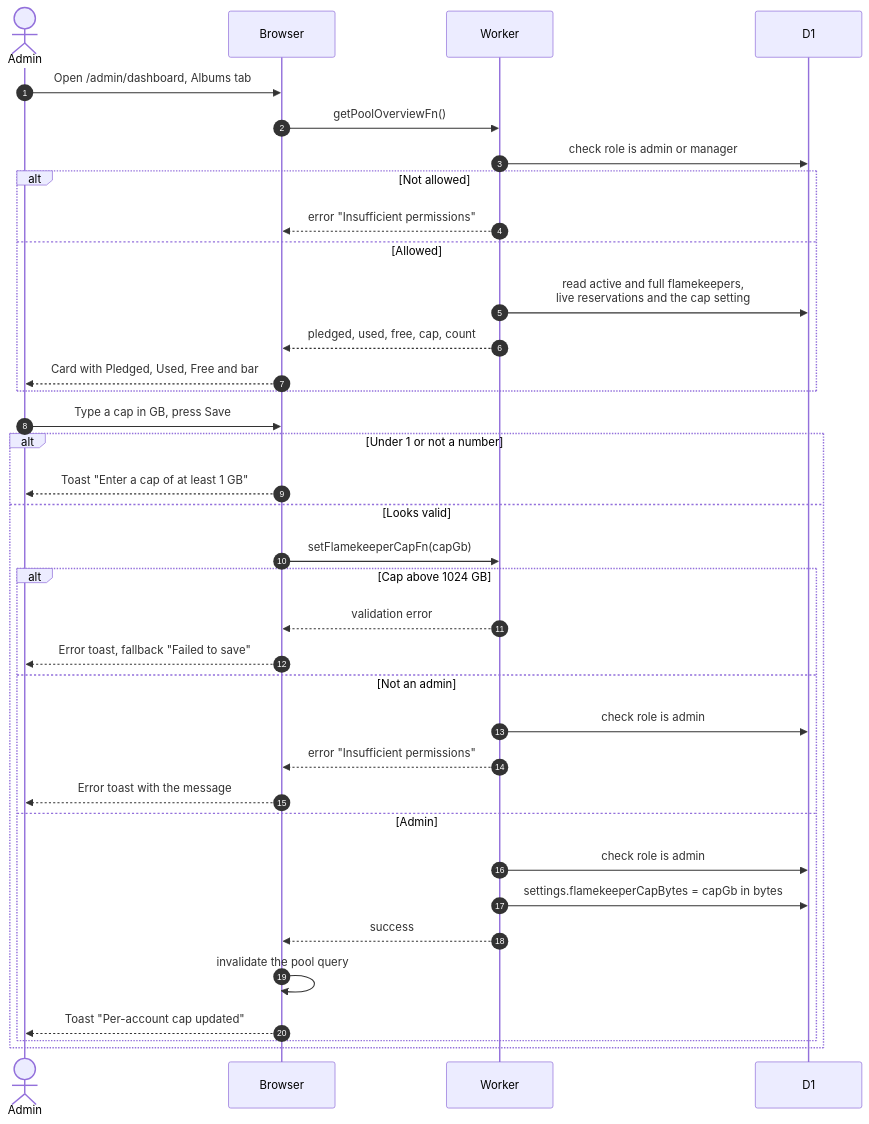
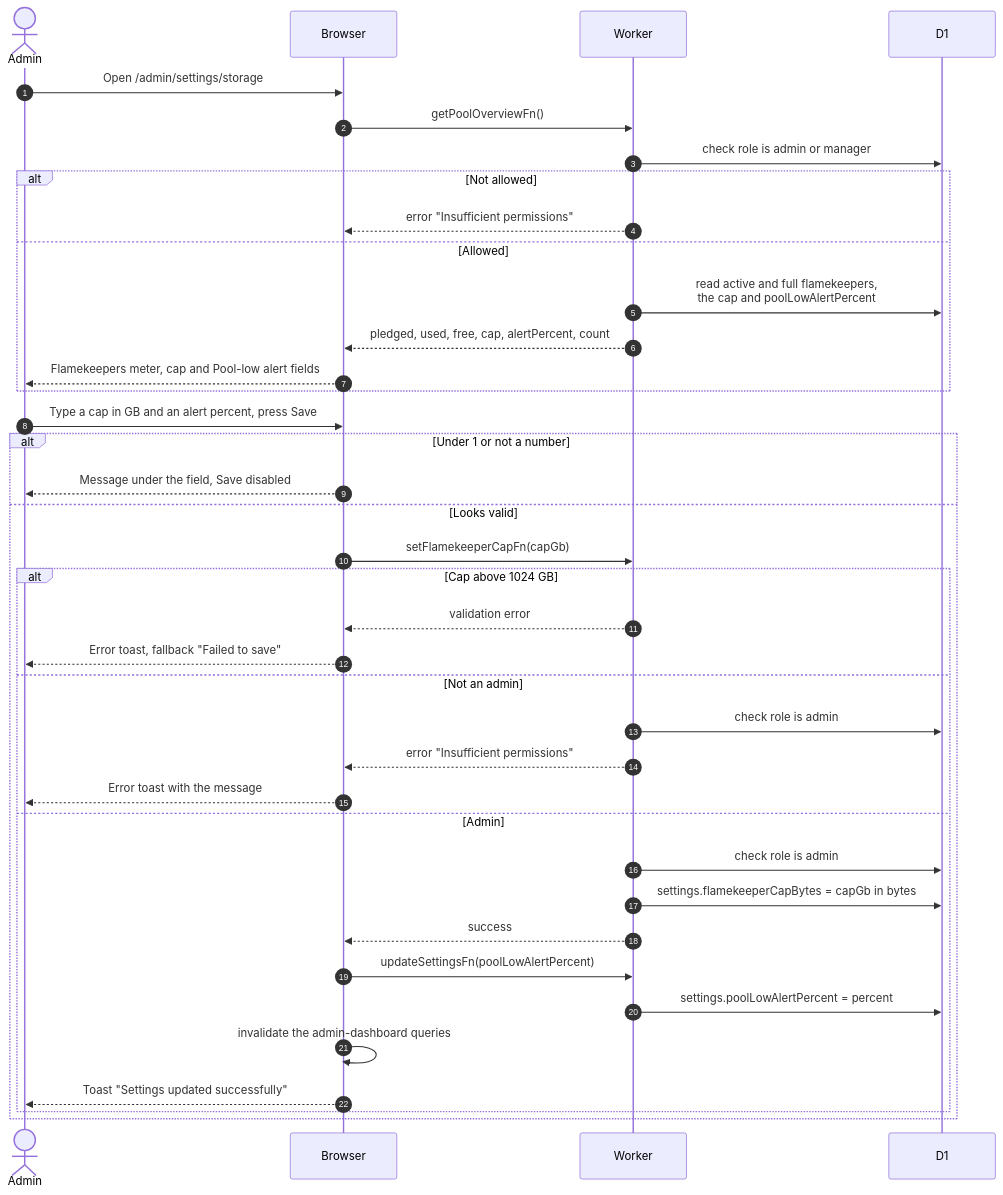
The diagram in docs/scenarios/flamekeepers/admin-pool.md (sagyzdop/meriksirat), drawn with Mermaid before and after one commit. The commit also changed other lines of this file and 45 other files, not shown here.

````diff
--- a/docs/scenarios/flamekeepers/admin-pool.md
+++ b/docs/scenarios/flamekeepers/admin-pool.md
@@ -22,38 +22,40 @@
 ```mermaid
 sequenceDiagram
     autonumber
     actor A as Admin
     participant Browser
     participant Worker
     participant D1
-    A->>Browser: Open /admin/dashboard, Albums tab
+    A->>Browser: Open /admin/settings/storage
     Browser->>Worker: getPoolOverviewFn()
     Worker->>D1: check role is admin or manager
     alt Not allowed
         Worker-->>Browser: error "Insufficient permissions"
     else Allowed
-        Worker->>D1: read active and full flamekeepers,<br/>live reservations and the cap setting
-        Worker-->>Browser: pledged, used, free, cap, count
-        Browser-->>A: Card with Pledged, Used, Free and bar
+        Worker->>D1: read active and full flamekeepers,<br/>the cap and poolLowAlertPercent
+        Worker-->>Browser: pledged, used, free, cap, alertPercent, count
+        Browser-->>A: Flamekeepers meter, cap and Pool-low alert fields
     end
-    A->>Browser: Type a cap in GB, press Save
+    A->>Browser: Type a cap in GB and an alert percent, press Save
     alt Under 1 or not a number
-        Browser-->>A: Toast "Enter a cap of at least 1 GB"
+        Browser-->>A: Message under the field, Save disabled
     else Looks valid
         Browser->>Worker: setFlamekeeperCapFn(capGb)
         alt Cap above 1024 GB
             Worker-->>Browser: validation error
             Browser-->>A: Error toast, fallback "Failed to save"
         else Not an admin
             Worker->>D1: check role is admin
             Worker-->>Browser: error "Insufficient permissions"
             Browser-->>A: Error toast with the message
         else Admin
             Worker->>D1: check role is admin
             Worker->>D1: settings.flamekeeperCapBytes = capGb in bytes
             Worker-->>Browser: success
-            Browser->>Browser: invalidate the pool query
-            Browser-->>A: Toast "Per-account cap updated"
+            Browser->>Worker: updateSettingsFn(poolLowAlertPercent)
+            Worker->>D1: settings.poolLowAlertPercent = percent
+            Browser->>Browser: invalidate the admin-dashboard queries
+            Browser-->>A: Toast "Settings updated successfully"
         end
     end
 ```
````
